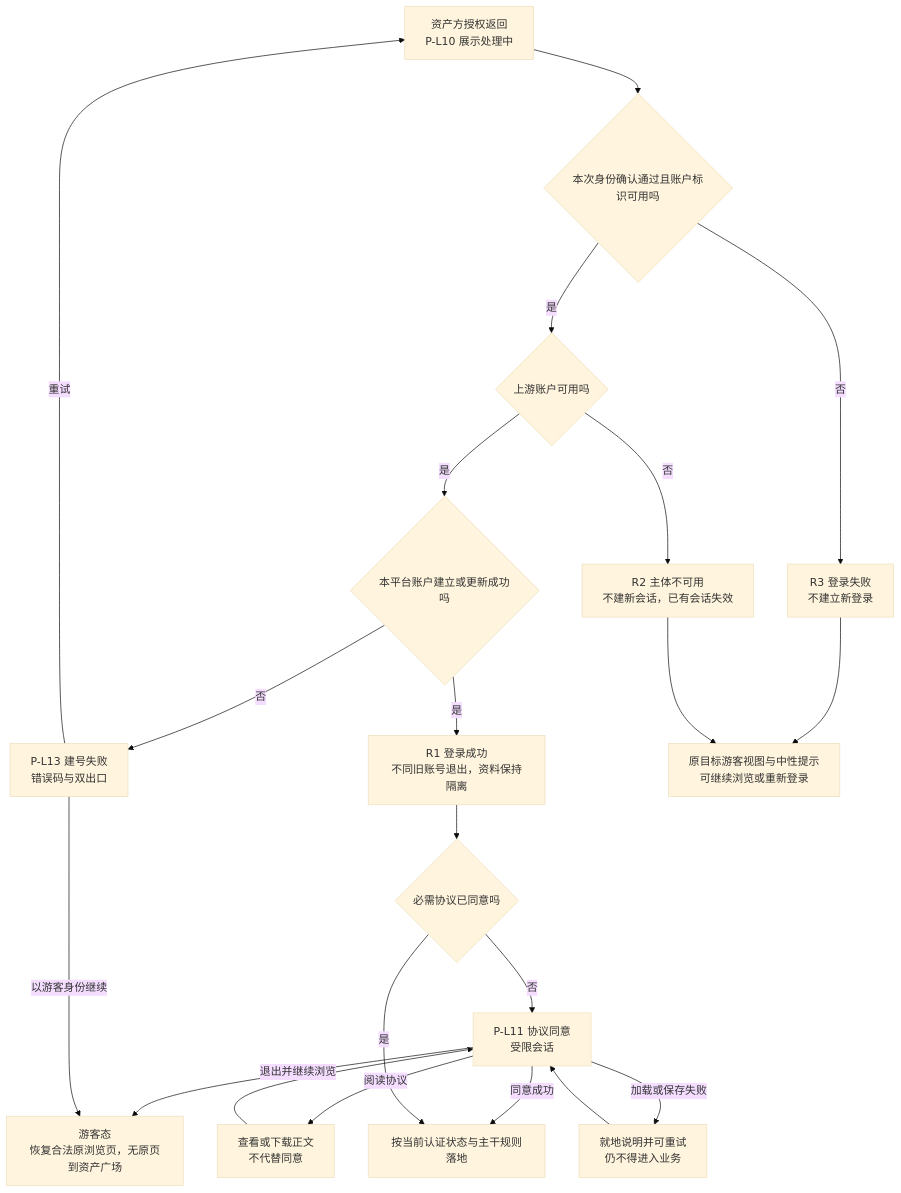
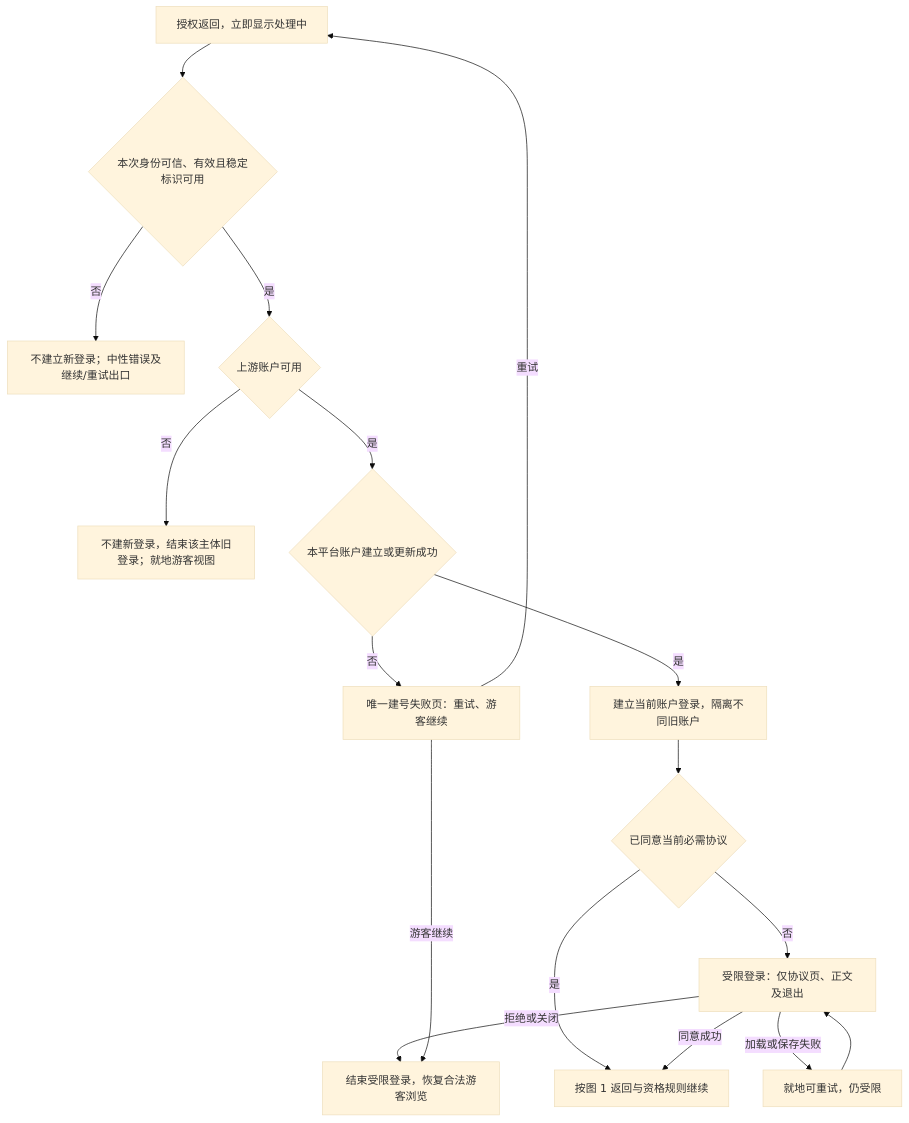
Before and after one commit to wxblockchain/Chain-Financing: the second of 6 diagrams in lending-platform/PRD/v2.0-登录与账户体系/03-登录主干与资产方SSO接入-流程图与状态机.md, drawn with Mermaid (base theme). The commit also changed other lines of this file and 7 other files, not shown here.

````diff
--- a/lending-platform/PRD/v2.0-登录与账户体系/03-登录主干与资产方SSO接入-流程图与状态机.md
+++ b/lending-platform/PRD/v2.0-登录与账户体系/03-登录主干与资产方SSO接入-流程图与状态机.md
@@ -54,23 +40,19 @@
 ```mermaid
 flowchart TD
-    START["资产方授权返回<br/>P-L10 展示处理中"] --> TRUST{"本次身份确认通过且账户标识可用吗"}
-    TRUST -->|否| FAIL["R3 登录失败<br/>不建立新登录"]
-    TRUST -->|是| AVAILABLE{"上游账户可用吗"}
-    AVAILABLE -->|否| BLOCK["R2 主体不可用<br/>不建新会话，已有会话失效"]
-    AVAILABLE -->|是| ACCOUNT{"本平台账户建立或更新成功吗"}
-    ACCOUNT -->|否| P13["P-L13 建号失败<br/>错误码与双出口"]
-    ACCOUNT -->|是| SIGNIN["R1 登录成功<br/>不同旧账号退出，资料保持隔离"]
-    SIGNIN --> CONSENT{"必需协议已同意吗"}
-    CONSENT -->|否| P11["P-L11 协议同意<br/>受限会话"]
-    P11 -->|阅读协议| READ["查看或下载正文<br/>不代替同意"]
-    READ --> P11
-    P11 -->|同意成功| LAND["按当前认证状态与主干规则落地"]
-    P11 -->|加载或保存失败| RETRY["就地说明并可重试<br/>仍不得进入业务"]
-    RETRY --> P11
-    P11 -->|退出并继续浏览| GUEST["游客态<br/>恢复合法原浏览页，无原页到资产广场"]
-    CONSENT -->|是| LAND
-    FAIL --> FEEDBACK["原目标游客视图与中性提示<br/>可继续浏览或重新登录"]
-    BLOCK --> FEEDBACK
-    P13 -->|重试| START
-    P13 -->|以游客身份继续| GUEST
+    START["授权返回，立即显示处理中"] --> AUTH{"本次身份可信、有效且稳定标识可用"}
+    AUTH -->|否| FAIL["不建立新登录；中性错误及继续/重试出口"]
+    AUTH -->|是| ACTIVE{"上游账户可用"}
+    ACTIVE -->|否| BLOCK["不建新登录，结束该主体旧登录；就地游客视图"]
+    ACTIVE -->|是| ACCOUNT{"本平台账户建立或更新成功"}
+    ACCOUNT -->|否| ERROR["唯一建号失败页：重试、游客继续"]
+    ACCOUNT -->|是| SIGNIN["建立当前账户登录，隔离不同旧账户"]
+    SIGNIN --> AGREED{"已同意当前必需协议"}
+    AGREED -->|是| LAND["按图 1 返回与资格规则继续"]
+    AGREED -->|否| RESTRICT["受限登录：仅协议页、正文及退出"]
+    RESTRICT -->|同意成功| LAND
+    RESTRICT -->|加载或保存失败| RETRY["就地可重试，仍受限"]
+    RETRY --> RESTRICT
+    RESTRICT -->|拒绝或关闭| GUEST["结束受限登录，恢复合法游客浏览"]
+    ERROR -->|游客继续| GUEST
+    ERROR -->|重试| START
 ```
````
